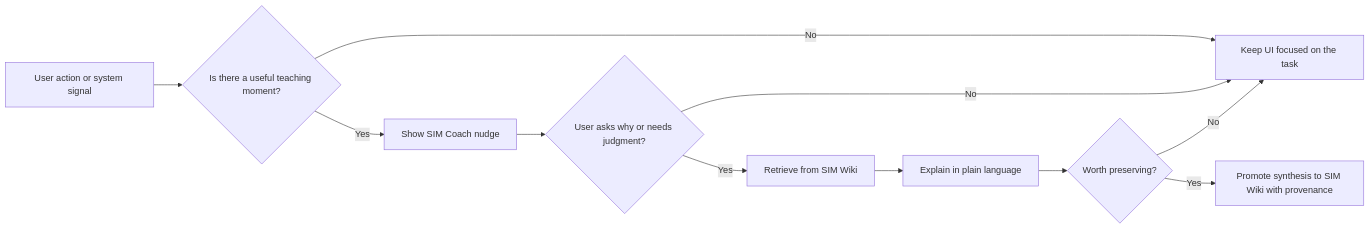
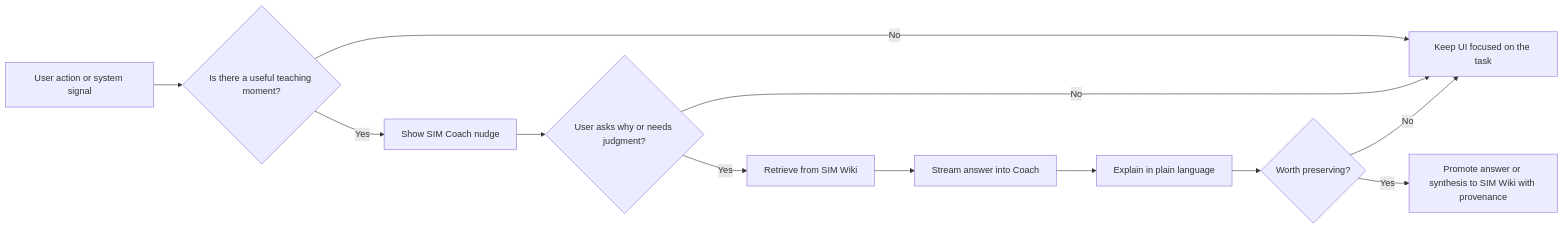
One commit to Sistemist/SimOne-Workbench changed the fourth of 8 diagrams in doc/product/simone-agent-flows.md. Above: the diagram before and after it, drawn with Mermaid. The commit also changed other lines of this file and 5 other files, not shown here.

Commit message:
Promote SIM Wiki answers from Coach

````diff
--- a/doc/product/simone-agent-flows.md
+++ b/doc/product/simone-agent-flows.md
@@ -75,13 +75,14 @@
 ```mermaid
 flowchart LR
   X["User action or system signal"] --> D{"Is there a useful teaching moment?"}
   D -- "No" --> Q["Keep UI focused on the task"]
   D -- "Yes" --> C["Show SIM Coach nudge"]
   C --> A{"User asks why or needs judgment?"}
   A -- "No" --> Q
   A -- "Yes" --> W["Retrieve from SIM Wiki"]
-  W --> E["Explain in plain language"]
-  E --> P{"Worth preserving?"}
+  W --> E["Stream answer into Coach"]
+  E --> R["Explain in plain language"]
+  R --> P{"Worth preserving?"}
   P -- "No" --> Q
-  P -- "Yes" --> L["Promote synthesis to SIM Wiki with provenance"]
+  P -- "Yes" --> L["Promote answer or synthesis to SIM Wiki with provenance"]
 ```
````
